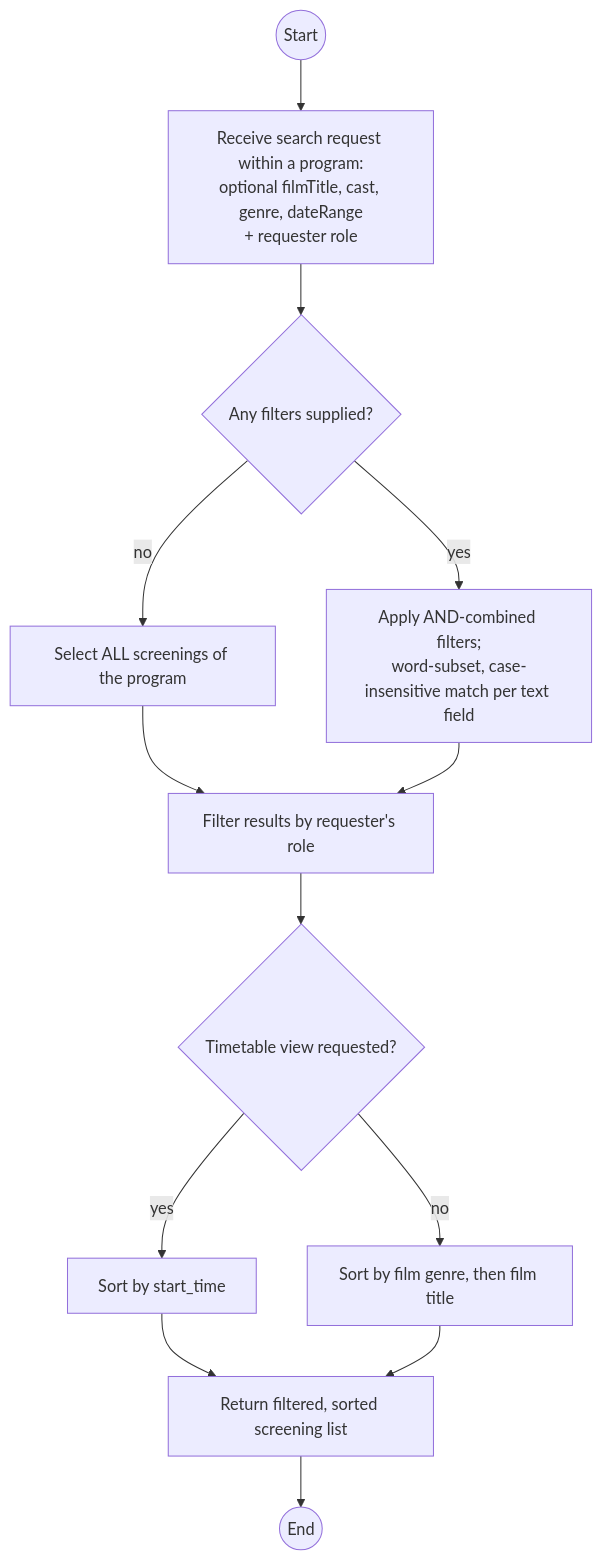
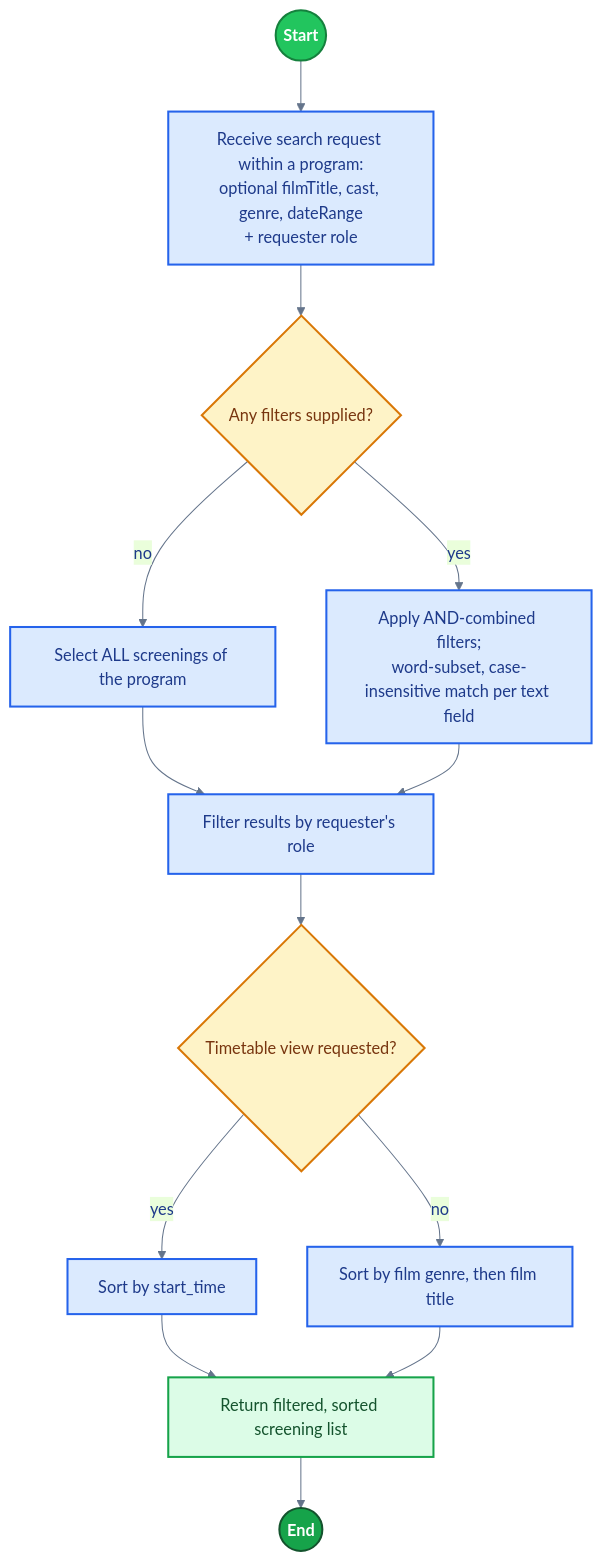
The diagram in diagrams/10-activity-screening-search.md (Volanakis/SoftwareEngineering101), drawn with Mermaid before and after one commit.

Commit message:
Update activity diagram styling for enhanced visual clarity and consistency

````diff
--- a/diagrams/10-activity-screening-search.md
+++ b/diagrams/10-activity-screening-search.md
@@ -5,15 +5,28 @@
 ```mermaid
+%%{init: {'theme':'base', 'themeVariables': {'fontFamily':'Segoe UI, sans-serif', 'primaryColor':'#dbeafe', 'primaryBorderColor':'#2563eb', 'primaryTextColor':'#1e3a8a', 'lineColor':'#64748b'}}}%%
 flowchart TD
     Start((Start)) --> A1[Receive search request within a program:<br/>optional filmTitle, cast, genre, dateRange<br/>+ requester role]
     A1 --> D1{Any filters supplied?}
     D1 -->|"no"| A2[Select ALL screenings of the program]
     D1 -->|"yes"| A3[Apply AND-combined filters;<br/>word-subset, case-insensitive match per text field]
     A2 --> A4[Filter results by requester's role]
     A3 --> A4
     A4 --> D2{Timetable view requested?}
     D2 -->|"yes"| A5[Sort by start_time]
     D2 -->|"no"| A6[Sort by film genre, then film title]
     A5 --> A7[Return filtered, sorted screening list]
     A6 --> A7
     A7 --> End((End))
+
+    classDef startNode fill:#22c55e,stroke:#15803d,stroke-width:2px,color:#ffffff,font-weight:bold
+    classDef successEnd fill:#16a34a,stroke:#14532d,stroke-width:2px,color:#ffffff,font-weight:bold
+    classDef action fill:#dbeafe,stroke:#2563eb,stroke-width:2px,color:#1e3a8a
+    classDef decision fill:#fef3c7,stroke:#d97706,stroke-width:2px,color:#78350f
+    classDef successAction fill:#dcfce7,stroke:#16a34a,stroke-width:2px,color:#14532d
+
+    class Start startNode
+    class End successEnd
+    class D1,D2 decision
+    class A1,A2,A3,A4,A5,A6 action
+    class A7 successAction
 ```
````
